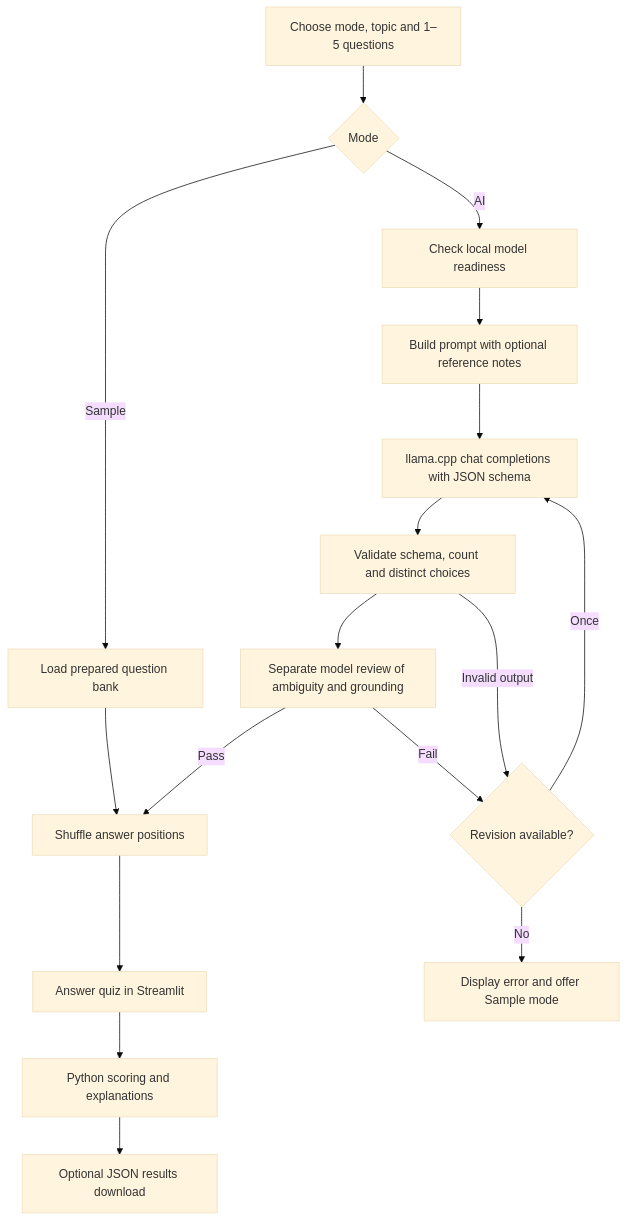
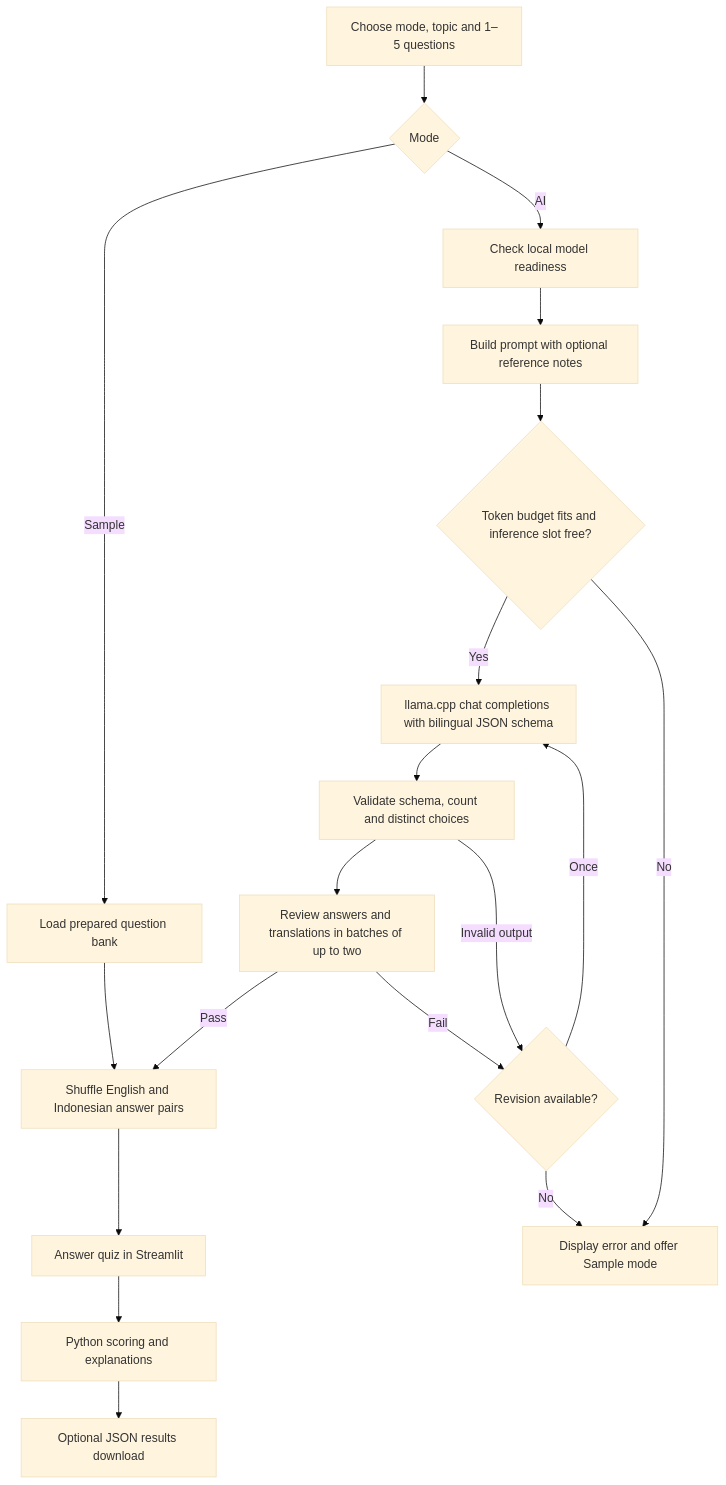
Before and after one commit to huskclaw/99group-quiz-generator: the diagram in README.md, drawn with Mermaid (base theme). The commit also changed other lines of this file and 34 other files, not shown here.

````diff
--- a/README.md
+++ b/README.md
@@ -83,19 +99,21 @@
 ```mermaid
 flowchart TD
     A[Choose mode, topic and 1–5 questions] --> B{Mode}
     B -->|Sample| C[Load prepared question bank]
     B -->|AI| D[Check local model readiness]
     D --> E[Build prompt with optional reference notes]
-    E --> F[llama.cpp chat completions with JSON schema]
+    E --> O{Token budget fits and inference slot free?}
+    O -->|Yes| F[llama.cpp chat completions with bilingual JSON schema]
+    O -->|No| K
     F --> G[Validate schema, count and distinct choices]
-    G --> H[Separate model review of ambiguity and grounding]
-    H -->|Pass| I[Shuffle answer positions]
+    G --> H[Review answers and translations in batches of up to two]
+    H -->|Pass| I[Shuffle English and Indonesian answer pairs]
     H -->|Fail| J{Revision available?}
     G -->|Invalid output| J
     J -->|Once| F
     J -->|No| K[Display error and offer Sample mode]
     C --> I
     I --> L[Answer quiz in Streamlit]
     L --> M[Python scoring and explanations]
     M --> N[Optional JSON results download]
 ```
````
